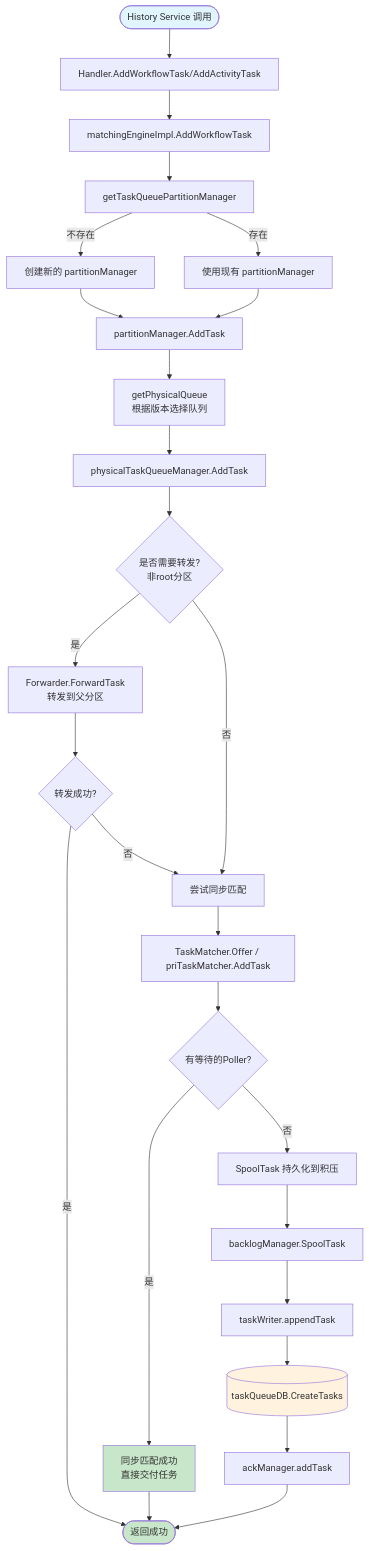
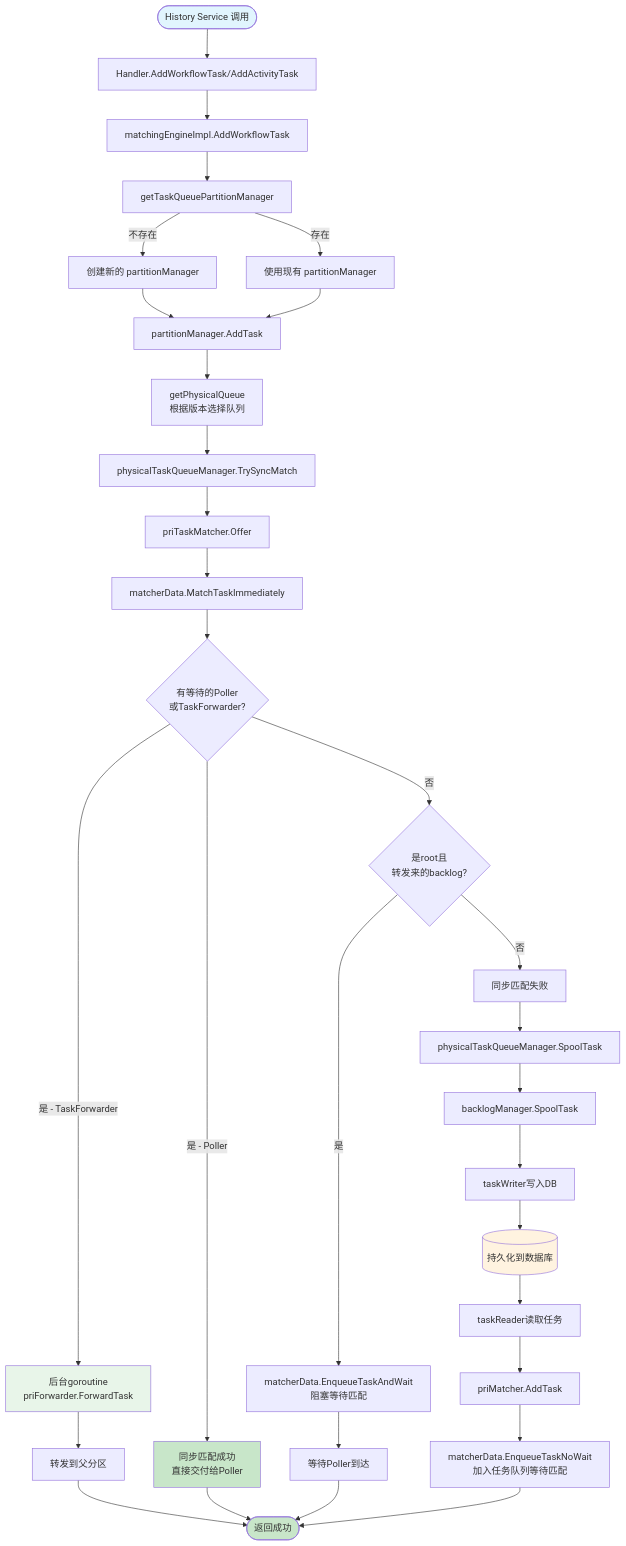
One commit to Nickqiaoo/temporal changed the second of 5 diagrams in service/matching/matching_service_uml.md. Above: the diagram before and after it, drawn with Mermaid. The commit also changed other lines of this file, not shown here.

First line of the commit message:
Update flowcharts to use priTaskMatcher logic

````diff
--- a/service/matching/matching_service_uml.md
+++ b/service/matching/matching_service_uml.md
@@ -273,39 +273,44 @@
 ```mermaid
 flowchart TD
     Start([History Service 调用]) --> Handler[Handler.AddWorkflowTask/AddActivityTask]
     Handler --> Engine[matchingEngineImpl.AddWorkflowTask]
     Engine --> GetPartition[getTaskQueuePartitionManager]
     GetPartition --> |不存在| CreatePartition[创建新的 partitionManager]
     GetPartition --> |存在| UsePartition[使用现有 partitionManager]
     CreatePartition --> PartitionAdd
     UsePartition --> PartitionAdd[partitionManager.AddTask]
 
     PartitionAdd --> GetPhysicalQueue[getPhysicalQueue<br/>根据版本选择队列]
-    GetPhysicalQueue --> PhysicalAdd[physicalTaskQueueManager.AddTask]
+    GetPhysicalQueue --> TrySyncMatch[physicalTaskQueueManager.TrySyncMatch]
 
-    PhysicalAdd --> CheckForwarding{是否需要转发?<br/>非root分区}
-    CheckForwarding --> |是| Forward[Forwarder.ForwardTask<br/>转发到父分区]
-    Forward --> ForwardResult{转发成功?}
-    ForwardResult --> |是| ReturnSuccess([返回成功])
-    ForwardResult --> |否| TrySyncMatch
+    TrySyncMatch --> PriOffer[priTaskMatcher.Offer]
+    PriOffer --> MatchImmediate[matcherData.MatchTaskImmediately]
 
-    CheckForwarding --> |否| TrySyncMatch[尝试同步匹配]
-
-    TrySyncMatch --> MatcherOffer[TaskMatcher.Offer / priTaskMatcher.AddTask]
-    MatcherOffer --> HasPoller{有等待的Poller?}
-
-    HasPoller --> |是| SyncMatch[同步匹配成功<br/>直接交付任务]
+    MatchImmediate --> HasPoller{有等待的Poller<br/>或TaskForwarder?}
+    HasPoller --> |是 - Poller| SyncMatch[同步匹配成功<br/>直接交付给Poller]
+    HasPoller --> |是 - TaskForwarder| ForwardTask[后台goroutine<br/>priForwarder.ForwardTask]
+    ForwardTask --> ParentPartition[转发到父分区]
+    ParentPartition --> ReturnSuccess([返回成功])
     SyncMatch --> ReturnSuccess
 
-    HasPoller --> |否| SpoolTask[SpoolTask 持久化到积压]
+    HasPoller --> |否| CheckBlock{是root且<br/>转发来的backlog?}
+    CheckBlock --> |是| EnqueueWait[matcherData.EnqueueTaskAndWait<br/>阻塞等待匹配]
+    EnqueueWait --> WaitMatch[等待Poller到达]
+    WaitMatch --> ReturnSuccess
+
+    CheckBlock --> |否| SyncFail[同步匹配失败]
+    SyncFail --> SpoolTask[physicalTaskQueueManager.SpoolTask]
     SpoolTask --> BacklogMgr[backlogManager.SpoolTask]
-    BacklogMgr --> TaskWriter[taskWriter.appendTask]
-    TaskWriter --> DB[(taskQueueDB.CreateTasks)]
-    DB --> AckMgr[ackManager.addTask]
-    AckMgr --> ReturnSuccess
+    BacklogMgr --> TaskWriter[taskWriter写入DB]
+    TaskWriter --> DB[(持久化到数据库)]
+    DB --> TaskReader[taskReader读取任务]
+    TaskReader --> AddToMatcher[priMatcher.AddTask]
+    AddToMatcher --> EnqueueNoWait[matcherData.EnqueueTaskNoWait<br/>加入任务队列等待匹配]
+    EnqueueNoWait --> ReturnSuccess
 
     style Start fill:#e1f5fe
     style ReturnSuccess fill:#c8e6c9
     style DB fill:#fff3e0
     style SyncMatch fill:#c8e6c9
+    style ForwardTask fill:#e8f5e9
 ```
````
